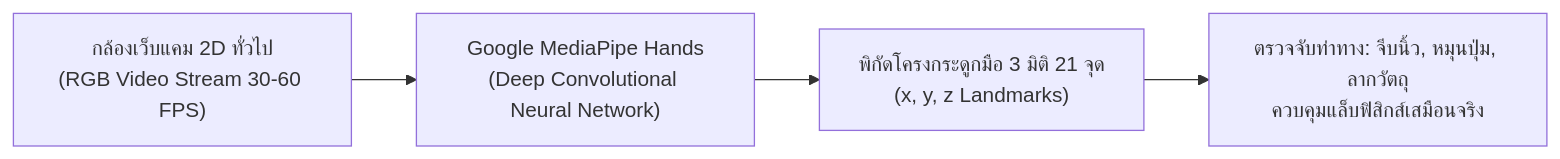
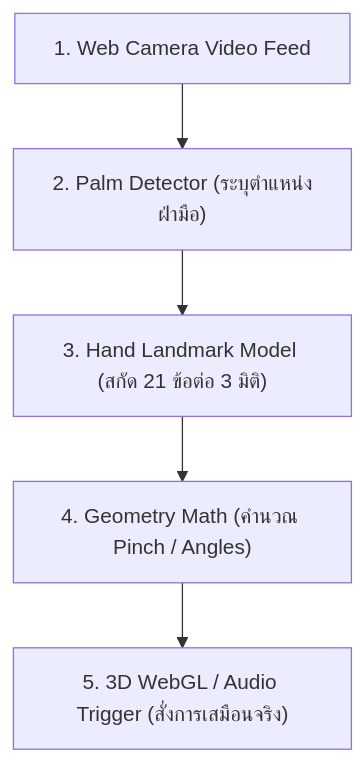
The diagram in book3_chapters/chapter04_computer_vision_and_mediapipe.md (Tsanaphy2023/computing-science), drawn with Mermaid before and after one commit. The commit also changed other lines of this file and 7 other files, not shown here.

````diff
--- a/book3_chapters/chapter04_computer_vision_and_mediapipe.md
+++ b/book3_chapters/chapter04_computer_vision_and_mediapipe.md
@@ -20,6 +56,7 @@
 ```mermaid
-graph LR
-    Webcam["กล้องเว็บแคม 2D ทั่วไป\n(RGB Video Stream 30-60 FPS)"] --> AI["Google MediaPipe Hands\n(Deep Convolutional Neural Network)"]
-    AI --> Skeleton["พิกัดโครงกระดูกมือ 3 มิติ 21 จุด\n(x, y, z Landmarks)"]
-    Skeleton --> Gesture["ตรวจจับท่าทาง: จีบนิ้ว, หมุนปุ่ม, ลากวัตถุ\nควบคุมแล็บฟิสิกส์เสมือนจริง"]
+graph TD
+    Cam["1. Web Camera Video Feed"] --> Det["2. Palm Detector (ระบุตำแหน่งฝ่ามือ)"]
+    Det --> LM["3. Hand Landmark Model (สกัด 21 ข้อต่อ 3 มิติ)"]
+    LM --> Math["4. Geometry Math (คำนวณ Pinch / Angles)"]
+    Math --> UI["5. 3D WebGL / Audio Trigger (สั่งการเสมือนจริง)"]
 ```
````
